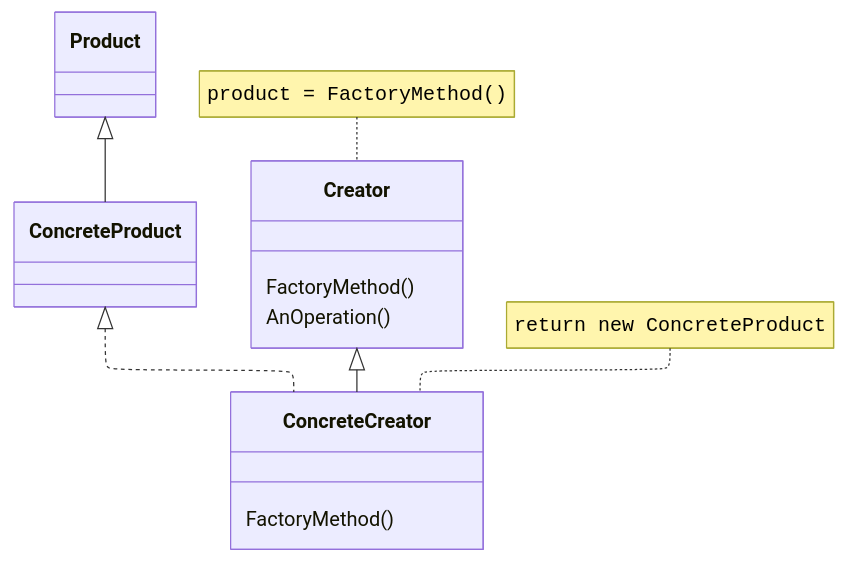
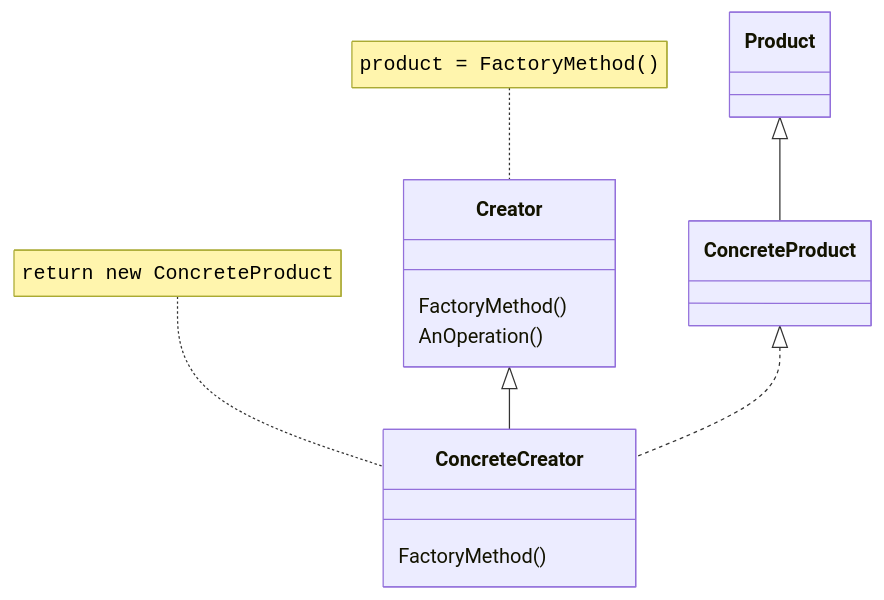
One commit to Firi0n/appunti-unipi changed the eighth of 17 diagrams in src/content/docs/software_engineering/Progettazione/design-patterns.md. Above: the diagram before and after it, drawn with Mermaid. The commit also changed other lines of this file and 12 other files, not shown here.

````diff
--- a/src/content/docs/software_engineering/Progettazione/design-patterns.md
+++ b/src/content/docs/software_engineering/Progettazione/design-patterns.md
@@ -258,23 +202,15 @@
 ```mermaid
----
-config:
-    layout: elk
-    elk: {
-        considerModelOrder: "PREFER_NODES",
-        forceNodeModelOrder: true
-    }
----
 classDiagram
     Product <|-- ConcreteProduct
     class Creator{
         FactoryMethod()
         AnOperation()
     }
     note for Creator "<code>product = FactoryMethod()</code>"
     class ConcreteCreator{
         FactoryMethod()
     }
     note for ConcreteCreator "<code>return new ConcreteProduct</code>"
     Creator <|-- ConcreteCreator
     ConcreteProduct <|.. ConcreteCreator
 ```
````
